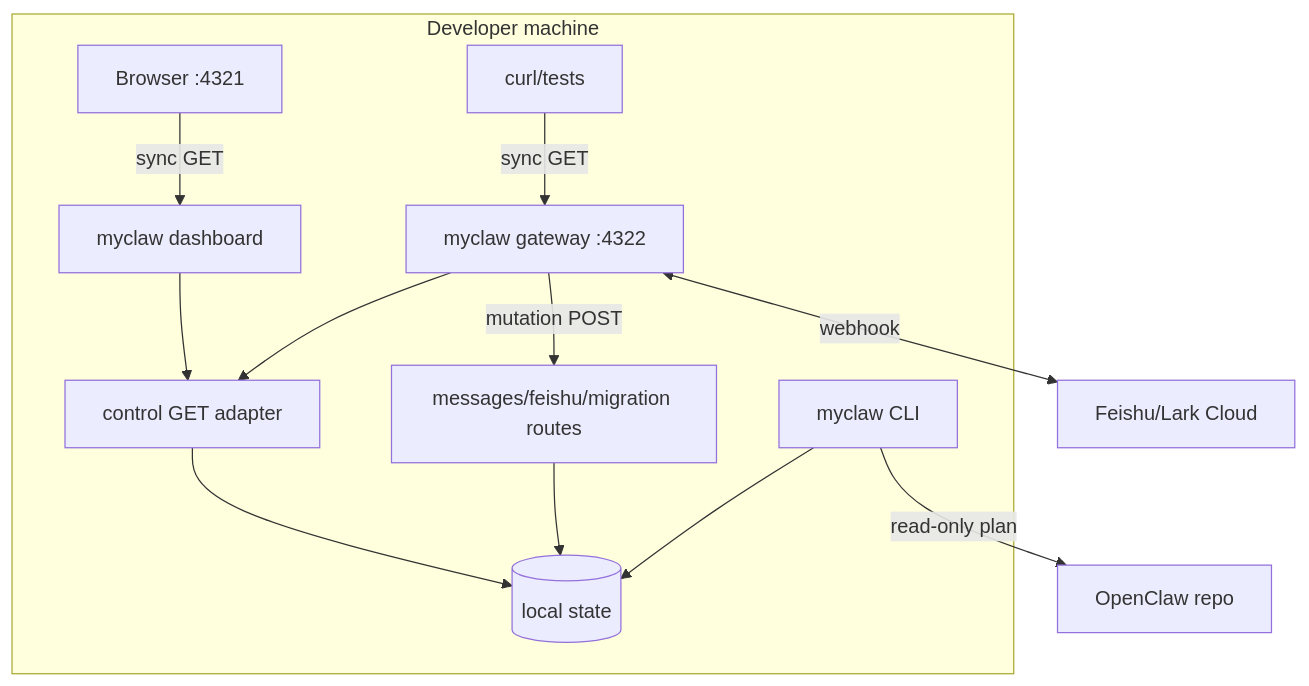
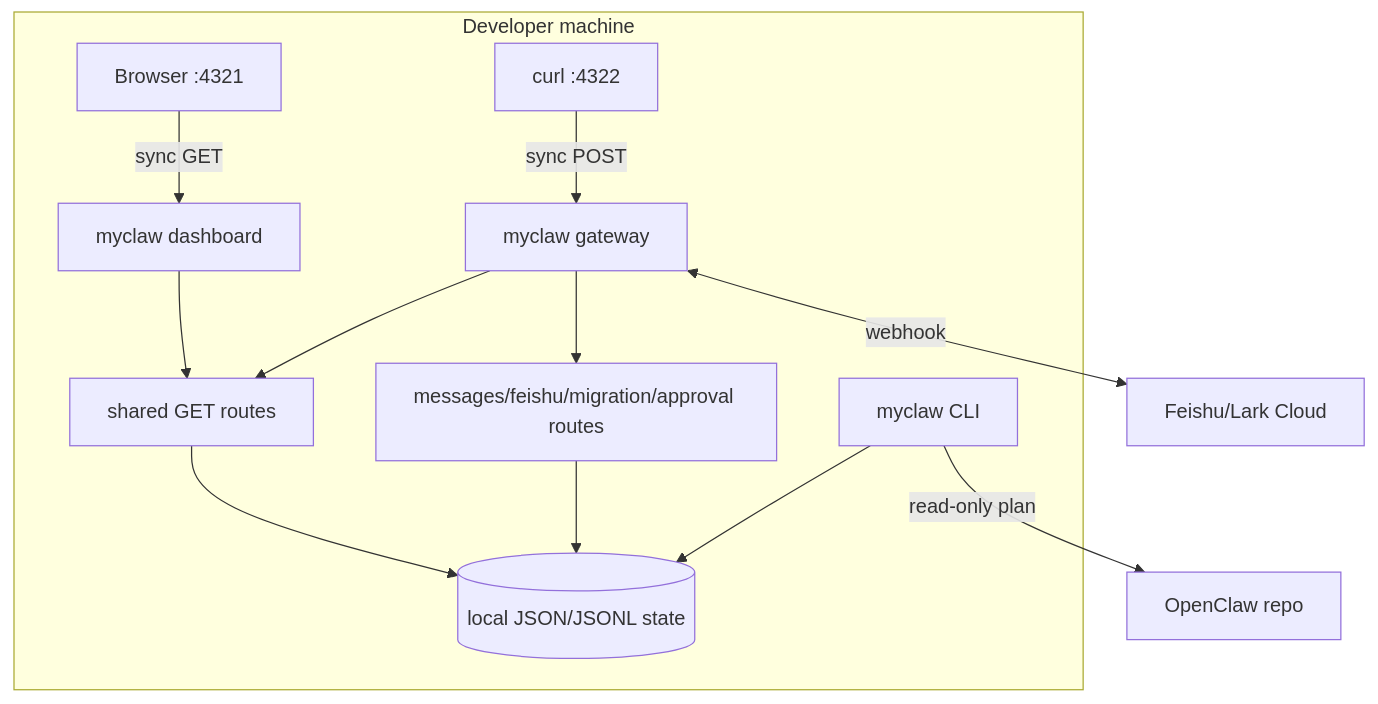
The ninth of 9 diagrams in docs/implementation-architecture.md (mayf3/myclaw), drawn with Mermaid before and after one commit. The commit also changed other lines of this file and 37 other files, not shown here.

````diff
--- a/docs/implementation-architecture.md
+++ b/docs/implementation-architecture.md
@@ -254,15 +252,15 @@
 ```mermaid
 flowchart TB
   subgraph Localhost[Developer machine]
     Browser[Browser :4321] -->|sync GET| Dashboard[myclaw dashboard]
-    Curl[curl/tests] -->|sync GET| Gateway[myclaw gateway :4322]
-    Dashboard --> RouteAdapter[control GET adapter]
-    Gateway --> RouteAdapter
-    Gateway -->|mutation POST| Messages[messages/feishu/migration routes]
-    Messages --> State[(local state)]
-    RouteAdapter --> State
+    Curl[curl :4322] -->|sync POST| Gateway[myclaw gateway]
+    Dashboard --> ControlRoutes[shared GET routes]
+    Gateway --> ControlRoutes
+    Gateway --> Mutations[messages/feishu/migration/approval routes]
+    Mutations --> State[(local JSON/JSONL state)]
+    ControlRoutes --> State
     CLI[myclaw CLI] --> State
   end
   Gateway <-->|webhook| Feishu[Feishu/Lark Cloud]
   CLI -->|read-only plan| OpenClaw[OpenClaw repo]
 ```
````
